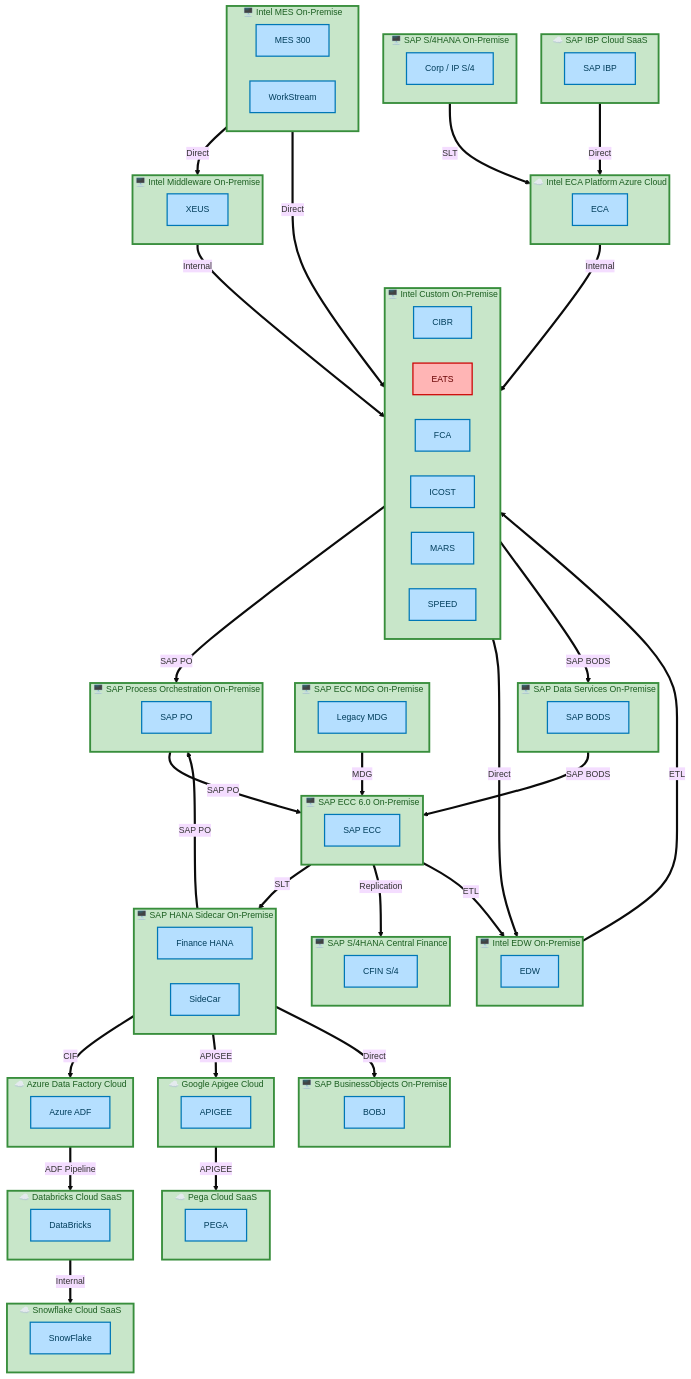
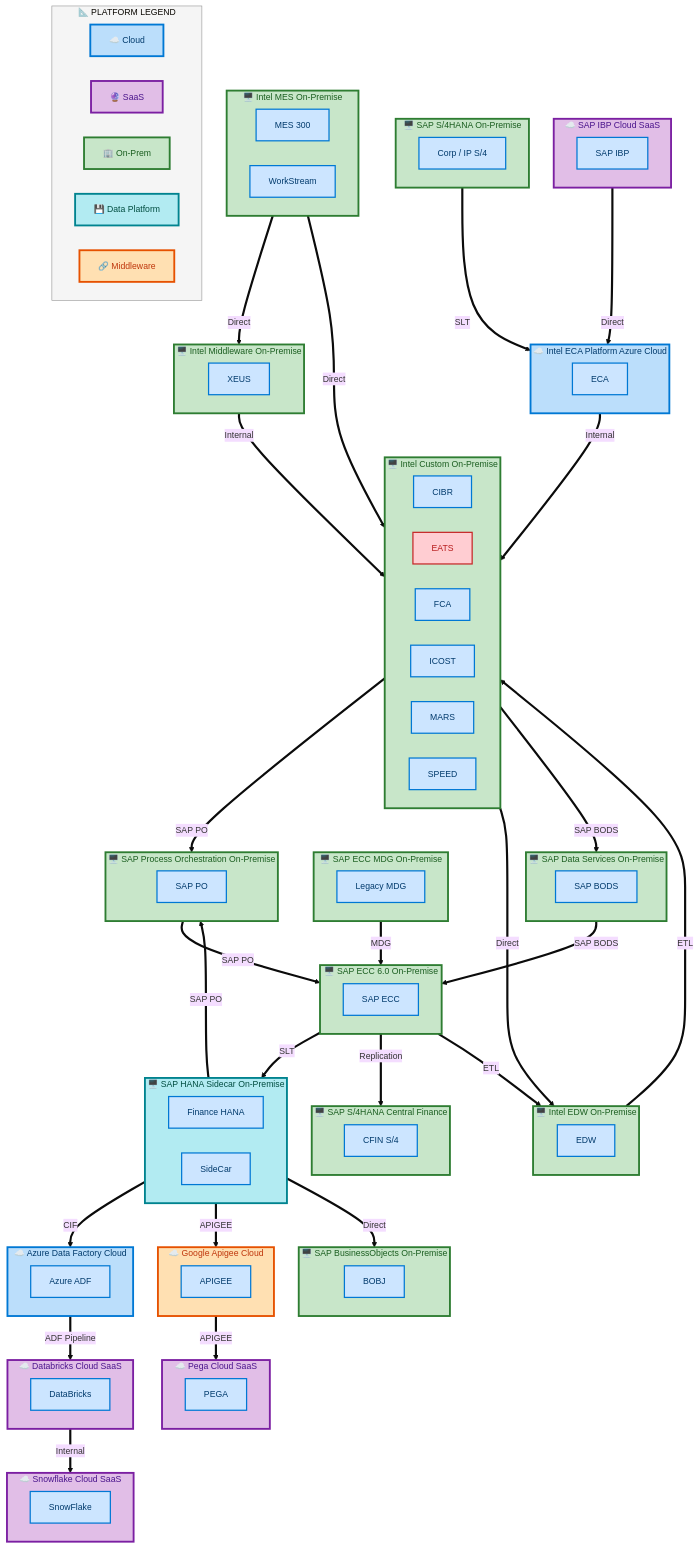
One commit to sajivfrancis777/IAO-Architecture changed diagram 20 of 21 in towers/FPR/DS Provide Decision Support/DS-020/output/docs/systems-architecture/DS-020-Architecture.md. Above: the diagram before and after it, drawn with Mermaid. The commit also changed other lines of this file and 12 other files, not shown here.

````diff
--- a/towers/FPR/DS Provide Decision Support/DS-020/output/docs/systems-architecture/DS-020-Architecture.md
+++ b/towers/FPR/DS Provide Decision Support/DS-020/output/docs/systems-architecture/DS-020-Architecture.md
@@ -2798,27 +2812,27 @@
 ```mermaid
 %%{init: {"theme": "base", "securityLevel": "loose", "themeVariables": {"fontSize": "14px", "fontFamily": "Segoe UI, Arial"}, "flowchart": {"useMaxWidth": false, "htmlLabels": true, "nodeSpacing": 40, "rankSpacing": 50}} }%%
 flowchart TB
-    classDef appBox fill:#B5DFFF,stroke:#0077B6,stroke-width:2px,color:#003D5B
-    classDef platBox fill:#C8E6C9,stroke:#388E3C,stroke-width:3px,color:#1B5E20
-    classDef eolBox fill:#FFB5B5,stroke:#CC0000,stroke-width:2px,color:#660000
+    classDef appBox fill:#CCE5FF,stroke:#0078D4,stroke-width:2px,color:#003A6C
+    classDef platBox fill:#C8E6C9,stroke:#2E7D32,stroke-width:3px,color:#1B5E20
+    classDef eolBox fill:#FFCDD2,stroke:#C62828,stroke-width:2px,color:#B71C1C
 
     subgraph DS020CPLP_Azure_Data_Factory_Cloud["☁️ Azure Data Factory Cloud"]
         direction LR
         DS020CPLA_Azure_ADF["Azure ADF"]:::appBox
     end
-    style DS020CPLP_Azure_Data_Factory_Cloud fill:#C8E6C9,stroke:#388E3C,stroke-width:3px,color:#1B5E20
+    style DS020CPLP_Azure_Data_Factory_Cloud fill:#BBDEFB,stroke:#0078D4,stroke-width:3px,color:#003A6C
 
     subgraph DS020CPLP_Databricks_Cloud_SaaS["☁️ Databricks Cloud SaaS"]
         direction LR
         DS020CPLA_DataBricks["DataBricks"]:::appBox
     end
-    style DS020CPLP_Databricks_Cloud_SaaS fill:#C8E6C9,stroke:#388E3C,stroke-width:3px,color:#1B5E20
+    style DS020CPLP_Databricks_Cloud_SaaS fill:#E1BEE7,stroke:#7B1FA2,stroke-width:3px,color:#4A148C
 
     subgraph DS020CPLP_Google_Apigee_Cloud["☁️ Google Apigee Cloud"]
         direction LR
         DS020CPLA_APIGEE["APIGEE"]:::appBox
     end
-    style DS020CPLP_Google_Apigee_Cloud fill:#C8E6C9,stroke:#388E3C,stroke-width:3px,color:#1B5E20
+    style DS020CPLP_Google_Apigee_Cloud fill:#FFE0B2,stroke:#E65100,stroke-width:3px,color:#BF360C
 
     subgraph DS020CPLP_Intel_Custom_On_Premise["🖥️ Intel Custom On-Premise"]
         direction LR
@@ -2829,99 +2843,99 @@
         DS020CPLA_MARS["MARS"]:::appBox
         DS020CPLA_SPEED["SPEED"]:::appBox
     end
-    style DS020CPLP_Intel_Custom_On_Premise fill:#C8E6C9,stroke:#388E3C,stroke-width:3px,color:#1B5E20
+    style DS020CPLP_Intel_Custom_On_Premise fill:#C8E6C9,stroke:#2E7D32,stroke-width:3px,color:#1B5E20
 
     subgraph DS020CPLP_Intel_ECA_Platform_Azure_Cloud["☁️ Intel ECA Platform Azure Cloud"]
         direction LR
         DS020CPLA_ECA["ECA"]:::appBox
     end
-    style DS020CPLP_Intel_ECA_Platform_Azure_Cloud fill:#C8E6C9,stroke:#388E3C,stroke-width:3px,color:#1B5E20
+    style DS020CPLP_Intel_ECA_Platform_Azure_Cloud fill:#BBDEFB,stroke:#0078D4,stroke-width:3px,color:#003A6C
 
     subgraph DS020CPLP_Intel_EDW_On_Premise["🖥️ Intel EDW On-Premise"]
         direction LR
         DS020CPLA_EDW["EDW"]:::appBox
     end
-    style DS020CPLP_Intel_EDW_On_Premise fill:#C8E6C9,stroke:#388E3C,stroke-width:3px,color:#1B5E20
+    style DS020CPLP_Intel_EDW_On_Premise fill:#C8E6C9,stroke:#2E7D32,stroke-width:3px,color:#1B5E20
 
     subgraph DS020CPLP_Intel_MES_On_Premise["🖥️ Intel MES On-Premise"]
         direction LR
         DS020CPLA_MES_300["MES 300"]:::appBox
         DS020CPLA_WorkStream["WorkStream"]:::appBox
     end
-    style DS020CPLP_Intel_MES_On_Premise fill:#C8E6C9,stroke:#388E3C,stroke-width:3px,color:#1B5E20
+    style DS020CPLP_Intel_MES_On_Premise fill:#C8E6C9,stroke:#2E7D32,stroke-width:3px,color:#1B5E20
 
     subgraph DS020CPLP_Intel_Middleware_On_Premise["🖥️ Intel Middleware On-Premise"]
         direction LR
         DS020CPLA_XEUS["XEUS"]:::appBox
     end
-    style DS020CPLP_Intel_Middleware_On_Premise fill:#C8E6C9,stroke:#388E3C,stroke-width:3px,color:#1B5E20
+    style DS020CPLP_Intel_Middleware_On_Premise fill:#C8E6C9,stroke:#2E7D32,stroke-width:3px,color:#1B5E20
 
     subgraph DS020CPLP_Pega_Cloud_SaaS["☁️ Pega Cloud SaaS"]
         direction LR
         DS020CPLA_PEGA["PEGA"]:::appBox
     end
-    style DS020CPLP_Pega_Cloud_SaaS fill:#C8E6C9,stroke:#388E3C,stroke-width:3px,color:#1B5E20
+    style DS020CPLP_Pega_Cloud_SaaS fill:#E1BEE7,stroke:#7B1FA2,stroke-width:3px,color:#4A148C
 
     subgraph DS020CPLP_SAP_BusinessObjects_On_Premise["🖥️ SAP BusinessObjects On-Premise"]
         direction LR
         DS020CPLA_BOBJ["BOBJ"]:::appBox
     end
-    style DS020CPLP_SAP_BusinessObjects_On_Premise fill:#C8E6C9,stroke:#388E3C,stroke-width:3px,color:#1B5E20
+    style DS020CPLP_SAP_BusinessObjects_On_Premise fill:#C8E6C9,stroke:#2E7D32,stroke-width:3px,color:#1B5E20
 
     subgraph DS020CPLP_SAP_Data_Services_On_Premise["🖥️ SAP Data Services On-Premise"]
         direction LR
         DS020CPLA_SAP_BODS["SAP BODS"]:::appBox
     end
-    style DS020CPLP_SAP_Data_Services_On_Premise fill:#C8E6C9,stroke:#388E3C,stroke-width:3px,color:#1B5E20
+    style DS020CPLP_SAP_Data_Services_On_Premise fill:#C8E6C9,stroke:#2E7D32,stroke-width:3px,color:#1B5E20
 
     subgraph DS020CPLP_SAP_ECC_6_0_On_Premise["🖥️ SAP ECC 6.0 On-Premise"]
         direction LR
         DS020CPLA_SAP_ECC["SAP ECC"]:::appBox
     end
-    style DS020CPLP_SAP_ECC_6_0_On_Premise fill:#C8E6C9,stroke:#388E3C,stroke-width:3px,color:#1B5E20
+    style DS020CPLP_SAP_ECC_6_0_On_Premise fill:#C8E6C9,stroke:#2E7D32,stroke-width:3px,color:#1B5E20
 
     subgraph DS020CPLP_SAP_ECC_MDG_On_Premise["🖥️ SAP ECC MDG On-Premise"]
         direction LR
         DS020CPLA_Legacy_MDG["Legacy MDG"]:::appBox
     end
-    style DS020CPLP_SAP_ECC_MDG_On_Premise fill:#C8E6C9,stroke:#388E3C,stroke-width:3px,color:#1B5E20
+    style DS020CPLP_SAP_ECC_MDG_On_Premise fill:#C8E6C9,stroke:#2E7D32,stroke-width:3px,color:#1B5E20
 
     subgraph DS020CPLP_SAP_HANA_Sidecar_On_Premise["🖥️ SAP HANA Sidecar On-Premise"]
         direction LR
         DS020CPLA_Finance_HANA["Finance HANA"]:::appBox
         DS020CPLA_SideCar["SideCar"]:::appBox
     end
-    style DS020CPLP_SAP_HANA_Sidecar_On_Premise fill:#C8E6C9,stroke:#388E3C,stroke-width:3px,color:#1B5E20
+    style DS020CPLP_SAP_HANA_Sidecar_On_Premise fill:#B2EBF2,stroke:#00838F,stroke-width:3px,color:#004D40
 
     subgraph DS020CPLP_SAP_IBP_Cloud_SaaS["☁️ SAP IBP Cloud SaaS"]
         direction LR
         DS020CPLA_SAP_IBP["SAP IBP"]:::appBox
     end
-    style DS020CPLP_SAP_IBP_Cloud_SaaS fill:#C8E6C9,stroke:#388E3C,stroke-width:3px,color:#1B5E20
+    style DS020CPLP_SAP_IBP_Cloud_SaaS fill:#E1BEE7,stroke:#7B1FA2,stroke-width:3px,color:#4A148C
 
     subgraph DS020CPLP_SAP_Process_Orchestration_On_Premise["🖥️ SAP Process Orchestration On-Premise"]
         direction LR
         DS020CPLA_SAP_PO["SAP PO"]:::appBox
     end
-    style DS020CPLP_SAP_Process_Orchestration_On_Premise fill:#C8E6C9,stroke:#388E3C,stroke-width:3px,color:#1B5E20
+    style DS020CPLP_SAP_Process_Orchestration_On_Premise fill:#C8E6C9,stroke:#2E7D32,stroke-width:3px,color:#1B5E20
 
     subgraph DS020CPLP_SAP_S_4HANA_Central_Finance["🖥️ SAP S/4HANA Central Finance"]
         direction LR
         DS020CPLA_CFIN_S_4["CFIN S/4"]:::appBox
     end
-    style DS020CPLP_SAP_S_4HANA_Central_Finance fill:#C8E6C9,stroke:#388E3C,stroke-width:3px,color:#1B5E20
+    style DS020CPLP_SAP_S_4HANA_Central_Finance fill:#C8E6C9,stroke:#2E7D32,stroke-width:3px,color:#1B5E20
 
     subgraph DS020CPLP_SAP_S_4HANA_On_Premise["🖥️ SAP S/4HANA On-Premise"]
         direction LR
         DS020CPLA_Corp_IP_S_4["Corp / IP S/4"]:::appBox
     end
-    style DS020CPLP_SAP_S_4HANA_On_Premise fill:#C8E6C9,stroke:#388E3C,stroke-width:3px,color:#1B5E20
+    style DS020CPLP_SAP_S_4HANA_On_Premise fill:#C8E6C9,stroke:#2E7D32,stroke-width:3px,color:#1B5E20
 
     subgraph DS020CPLP_Snowflake_Cloud_SaaS["☁️ Snowflake Cloud SaaS"]
         direction LR
         DS020CPLA_SnowFlake["SnowFlake"]:::appBox
     end
-    style DS020CPLP_Snowflake_Cloud_SaaS fill:#C8E6C9,stroke:#388E3C,stroke-width:3px,color:#1B5E20
+    style DS020CPLP_Snowflake_Cloud_SaaS fill:#E1BEE7,stroke:#7B1FA2,stroke-width:3px,color:#4A148C
 
     DS020CPLP_Intel_MES_On_Premise ==>|"Direct"| DS020CPLP_Intel_Middleware_On_Premise
     DS020CPLP_Intel_Middleware_On_Premise ==>|"Internal"| DS020CPLP_Intel_Custom_On_Premise
@@ -2947,4 +2961,18 @@
     DS020CPLP_SAP_HANA_Sidecar_On_Premise ==>|"SAP PO"| DS020CPLP_SAP_Process_Orchestration_On_Premise
     DS020CPLP_SAP_IBP_Cloud_SaaS ==>|"Direct"| DS020CPLP_Intel_ECA_Platform_Azure_Cloud
 
+    subgraph DS020CPLLegend["📐 PLATFORM LEGEND"]
+        direction LR
+        DS020CPLLC["☁️ Cloud"]
+        DS020CPLLS["🔮 SaaS"]
+        DS020CPLLO["🏢 On-Prem"]
+        DS020CPLLD["💾 Data Platform"]
+        DS020CPLLM["🔗 Middleware"]
+    end
+    style DS020CPLLegend fill:#F5F5F5,stroke:#999,stroke-width:1px
+    style DS020CPLLC fill:#BBDEFB,stroke:#0078D4,stroke-width:3px,color:#003A6C
+    style DS020CPLLS fill:#E1BEE7,stroke:#7B1FA2,stroke-width:3px,color:#4A148C
+    style DS020CPLLO fill:#C8E6C9,stroke:#2E7D32,stroke-width:3px,color:#1B5E20
+    style DS020CPLLD fill:#B2EBF2,stroke:#00838F,stroke-width:3px,color:#004D40
+    style DS020CPLLM fill:#FFE0B2,stroke:#E65100,stroke-width:3px,color:#BF360C
 ```
````
